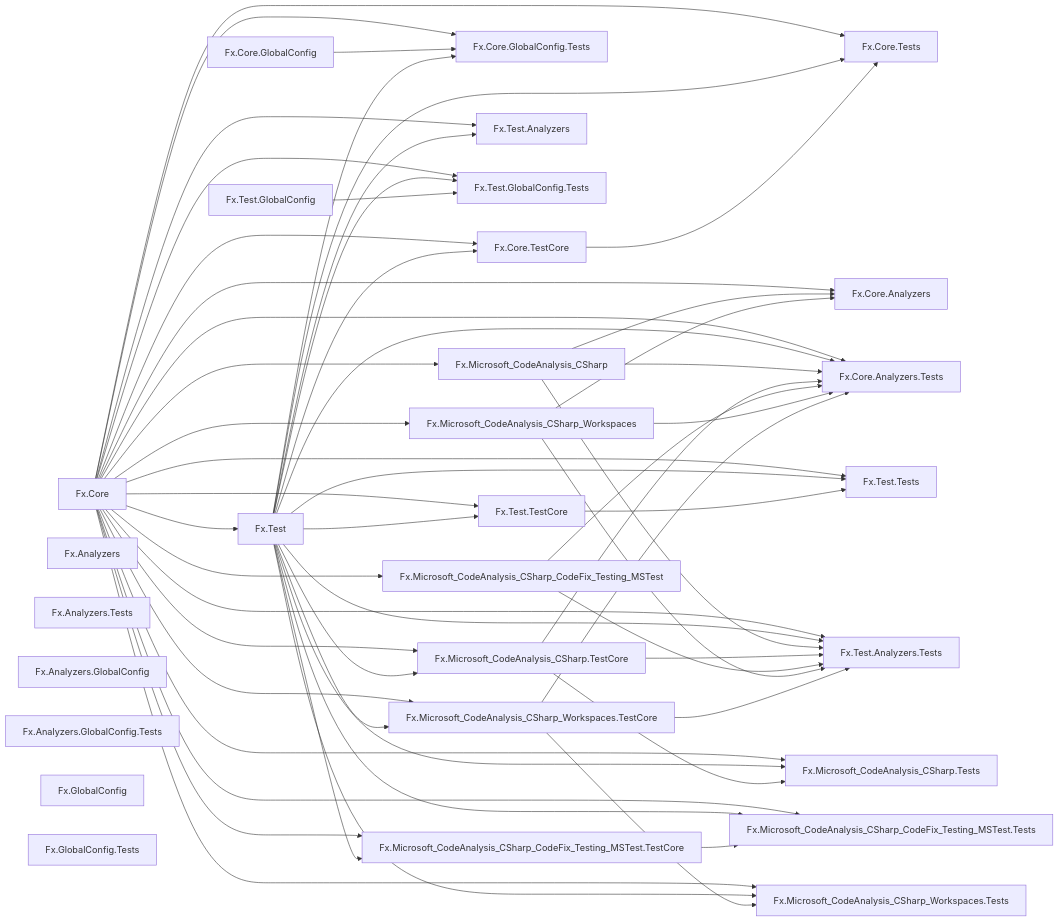
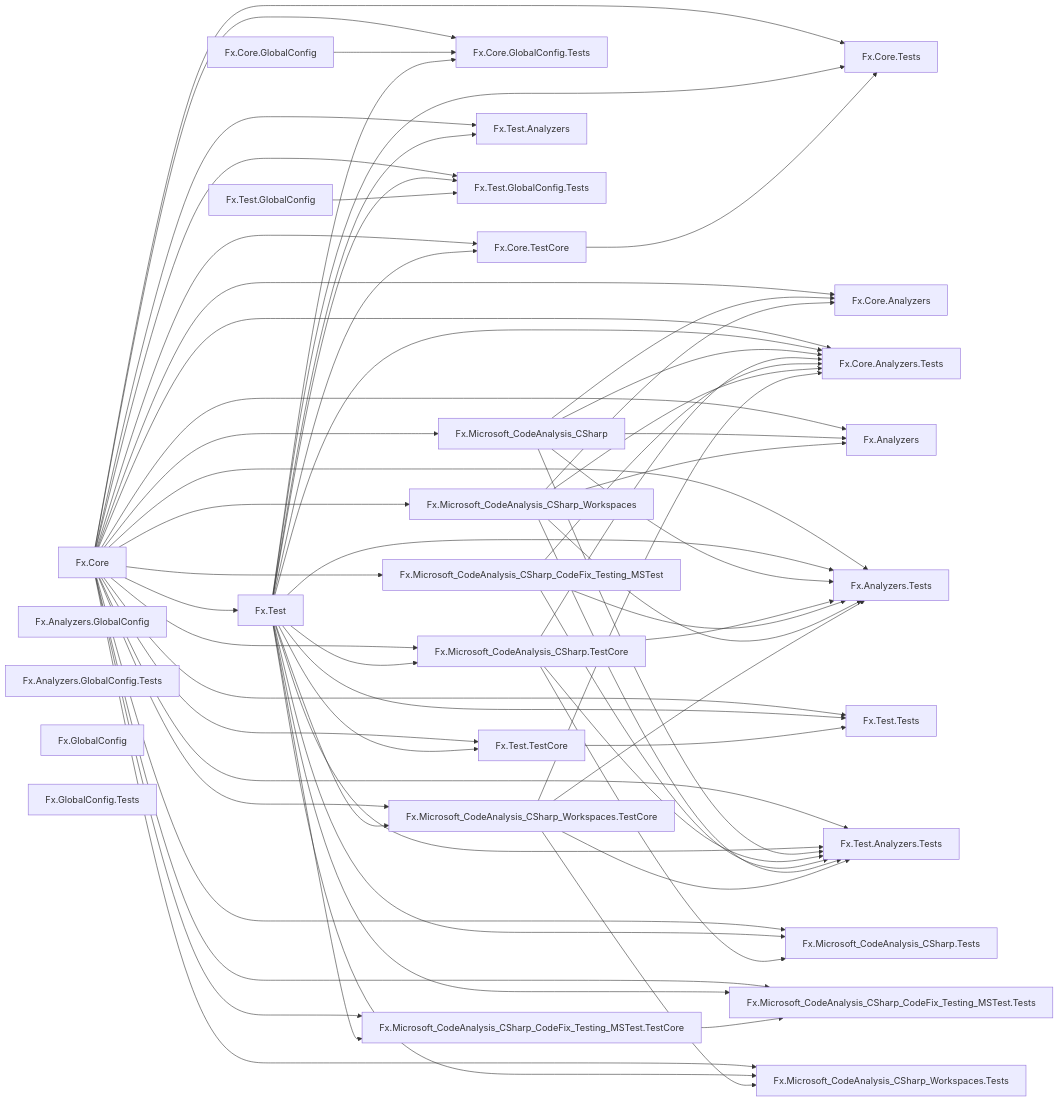
Before and after one commit to ravudet/Fx.Core: the diagram in graph.md, drawn with Mermaid.

```diff
--- a/graph.md
+++ b/graph.md
@@ -53,6 +53,18 @@
 	Fx.Core.GlobalConfig --> Fx.Core.GlobalConfig.Tests
 	Fx.Test --> Fx.Core.GlobalConfig.Tests
 
+	Fx.Core --> Fx.Analyzers
+	Fx.Microsoft_CodeAnalysis_CSharp --> Fx.Analyzers
+	Fx.Microsoft_CodeAnalysis_CSharp_Workspaces --> Fx.Analyzers
+
+	Fx.Core --> Fx.Analyzers.Tests
+	Fx.Test --> Fx.Analyzers.Tests
+	Fx.Microsoft_CodeAnalysis_CSharp --> Fx.Analyzers.Tests
+	Fx.Microsoft_CodeAnalysis_CSharp.TestCore --> Fx.Analyzers.Tests
+	Fx.Microsoft_CodeAnalysis_CSharp_CodeFix_Testing_MSTest --> Fx.Analyzers.Tests
+	Fx.Microsoft_CodeAnalysis_CSharp_Workspaces --> Fx.Analyzers.Tests
+	Fx.Microsoft_CodeAnalysis_CSharp_Workspaces.TestCore --> Fx.Analyzers.Tests
+
 	Fx.Core --> Fx.Test
 
 	Fx.Core --> Fx.Test.TestCore
```
